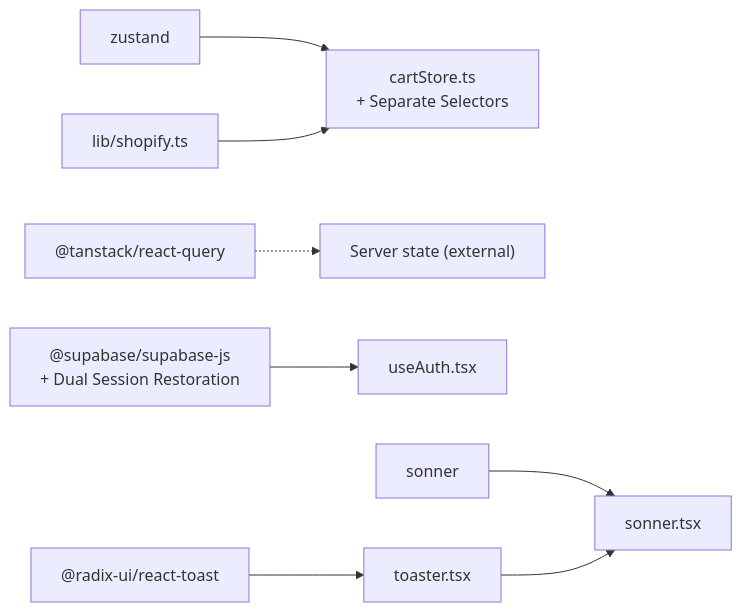
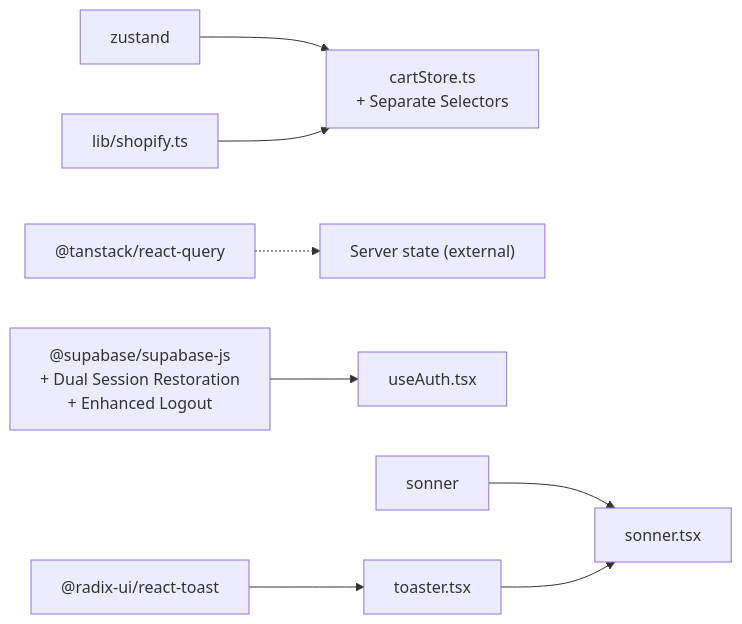
One commit to Hawky1/ryland changed the sixth of 6 diagrams in .qoder/repowiki/en/content/State Management.md. Above: the diagram before and after it, drawn with Mermaid. The commit also changed other lines of this file and 4 other files, not shown here.

````diff
--- a/.qoder/repowiki/en/content/State Management.md
+++ b/.qoder/repowiki/en/content/State Management.md
@@ -329,10 +351,10 @@
 ```mermaid
 graph LR
 ZUSTAND["zustand"] --> CARTSTORE["cartStore.ts<br/>+ Separate Selectors"]
 REACTQUERY["@tanstack/react-query"] -.-> SERVERSTATE["Server state (external)"]
-SUPABASE["@supabase/supabase-js<br/>+ Dual Session Restoration"] --> AUTHHOOK["useAuth.tsx"]
+SUPABASE["@supabase/supabase-js<br/>+ Dual Session Restoration<br/>+ Enhanced Logout"] --> AUTHHOOK["useAuth.tsx"]
 SHOP["lib/shopify.ts"] --> CARTSTORE
 RADIX["@radix-ui/react-toast"] --> TOASTUI["toaster.tsx"]
 SONNER["sonner"] --> SONNERCOMP["sonner.tsx"]
 TOASTUI --> SONNERCOMP
 ```
````
